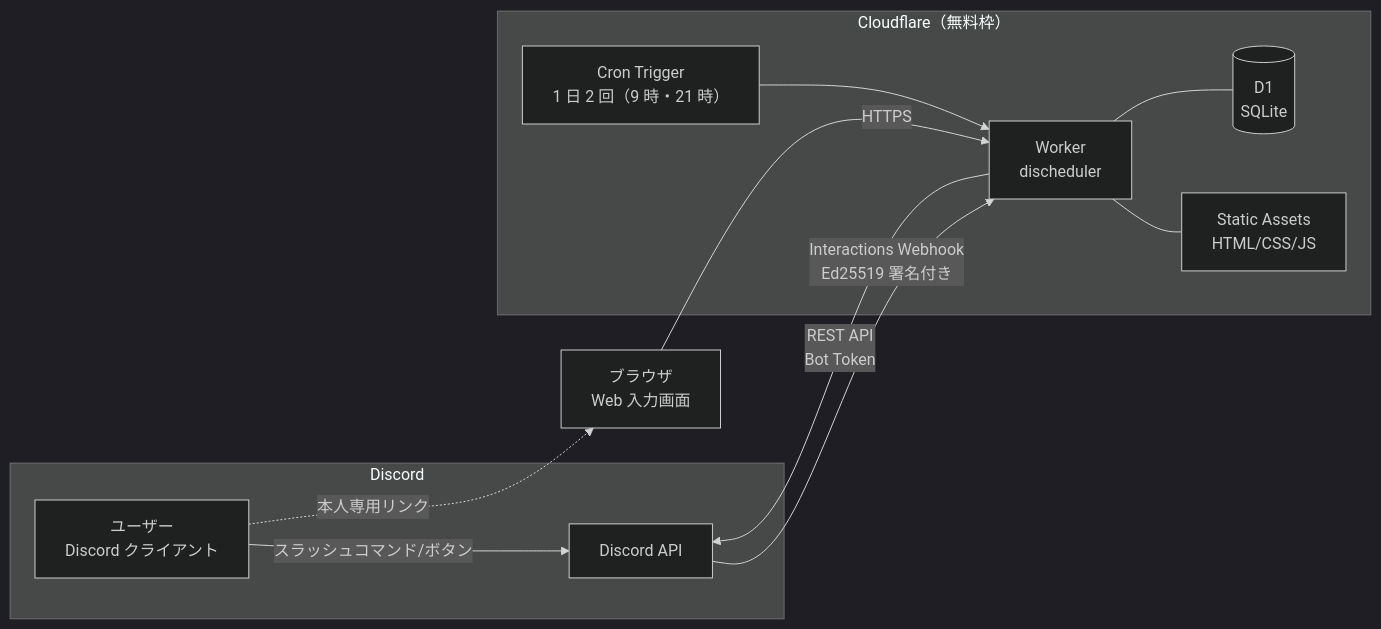
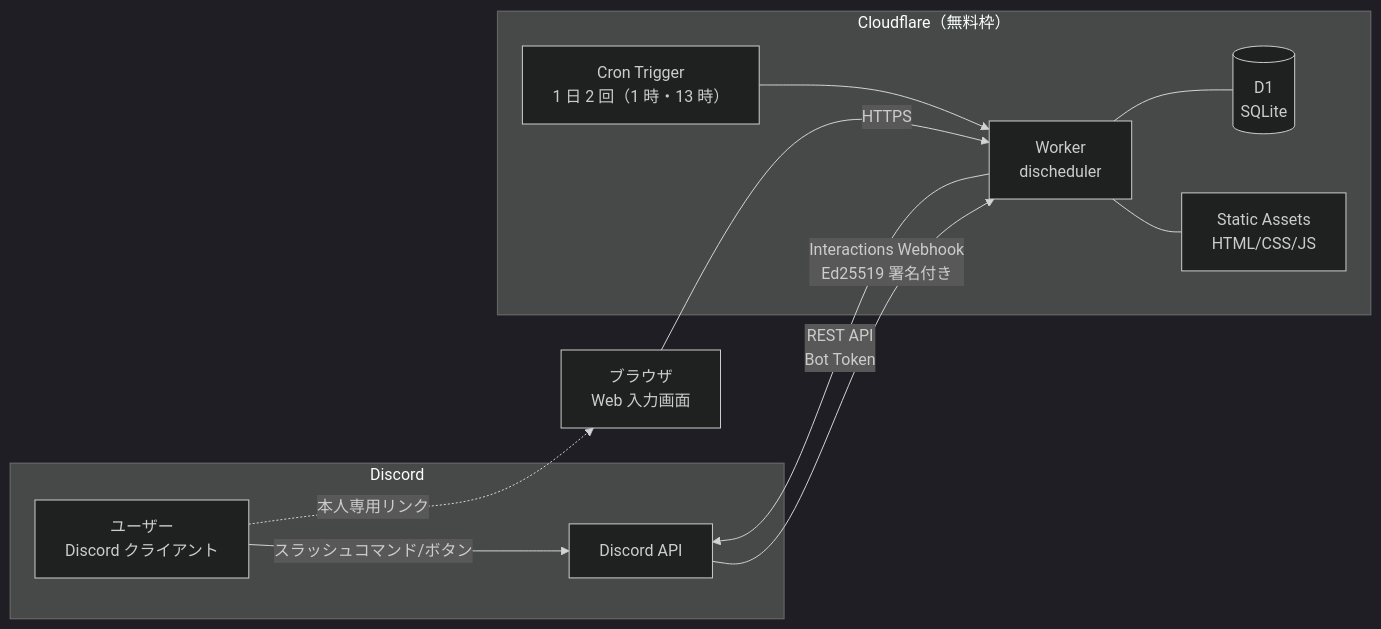
The first of 5 diagrams in docs/design.md (etlit-r/DIscheduler), drawn with Mermaid (dark theme) before and after one commit. The commit also changed other lines of this file, not shown here.

First line of the commit message:
Cron の時刻を日本時間 1 時・13 時に変更

````diff
--- a/docs/design.md
+++ b/docs/design.md
@@ -64,25 +65,25 @@
 ```mermaid
 flowchart LR
   subgraph Discord
     U[ユーザー<br/>Discord クライアント]
     DAPI[Discord API]
   end
 
   subgraph Cloudflare["Cloudflare（無料枠）"]
     W[Worker<br/>discheduler]
     SA[Static Assets<br/>HTML/CSS/JS]
     D1[(D1<br/>SQLite)]
-    CRON[Cron Trigger<br/>1 日 2 回（9 時・21 時）]
+    CRON[Cron Trigger<br/>1 日 2 回（1 時・13 時）]
   end
 
   B[ブラウザ<br/>Web 入力画面]
 
   U -- スラッシュコマンド/ボタン --> DAPI
   DAPI -- Interactions Webhook<br/>Ed25519 署名付き --> W
   W -- REST API<br/>Bot Token --> DAPI
   U -. 本人専用リンク .-> B
   B -- HTTPS --> W
   W --- SA
   W --- D1
   CRON --> W
 ```
````
